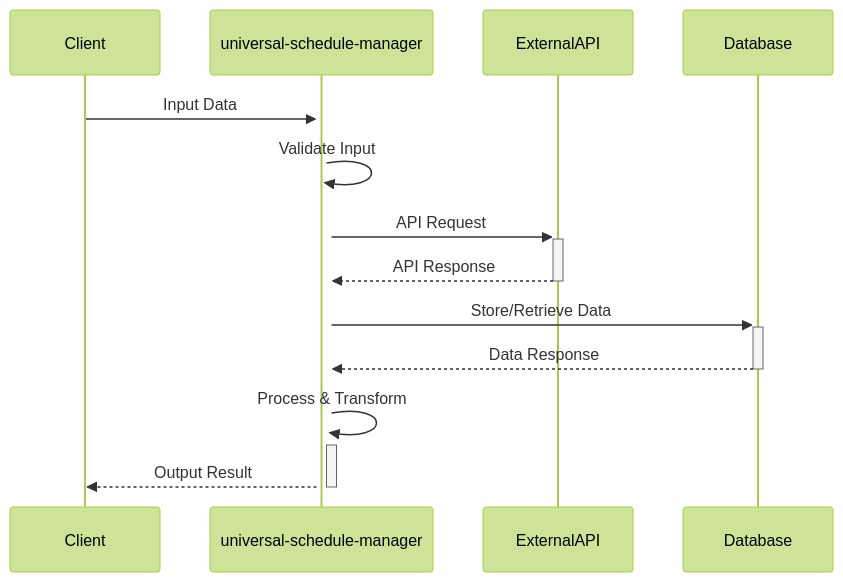
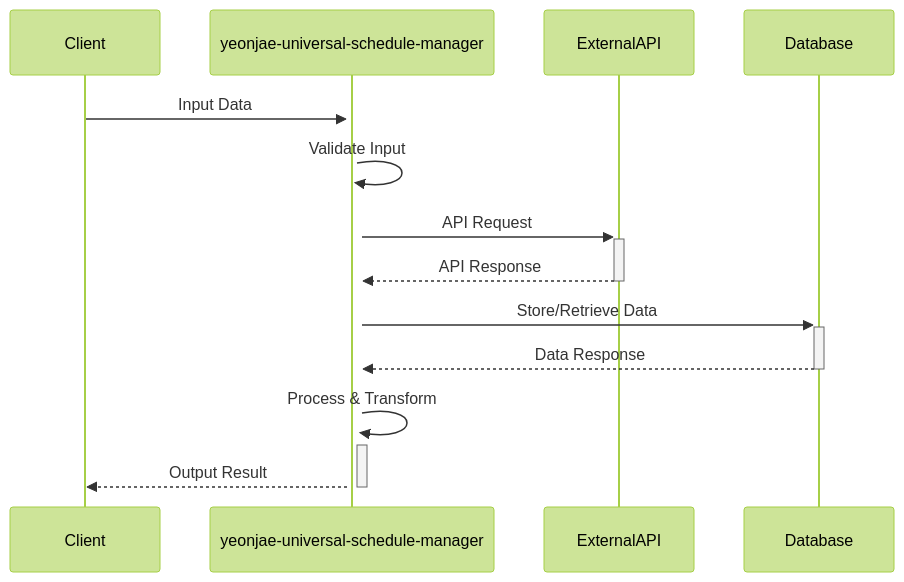
One commit to yeonjae-work/universal-modules changed the third of 4 diagrams in packages/yeonjae-universal-schedule-manager/docs/technical-specification.md. Above: the diagram before and after it, drawn with Mermaid (forest theme). The commit also changed other lines of this file and 11 other files, not shown here.

````diff
--- a/packages/yeonjae-universal-schedule-manager/docs/technical-specification.md
+++ b/packages/yeonjae-universal-schedule-manager/docs/technical-specification.md
@@ -151,16 +151,16 @@
 ```mermaid
 sequenceDiagram
     participant Client
-    participant universal-schedule-manager
+    participant yeonjae-universal-schedule-manager
     participant ExternalAPI
     participant Database
     
-    Client->>+universal-schedule-manager: Input Data
-    universal-schedule-manager->>+universal-schedule-manager: Validate Input
-    universal-schedule-manager->>+ExternalAPI: API Request
-    ExternalAPI-->>-universal-schedule-manager: API Response
-    universal-schedule-manager->>+Database: Store/Retrieve Data
-    Database-->>-universal-schedule-manager: Data Response
-    universal-schedule-manager->>+universal-schedule-manager: Process & Transform
-    universal-schedule-manager-->>-Client: Output Result
+    Client->>+yeonjae-universal-schedule-manager: Input Data
+    yeonjae-universal-schedule-manager->>+yeonjae-universal-schedule-manager: Validate Input
+    yeonjae-universal-schedule-manager->>+ExternalAPI: API Request
+    ExternalAPI-->>-yeonjae-universal-schedule-manager: API Response
+    yeonjae-universal-schedule-manager->>+Database: Store/Retrieve Data
+    Database-->>-yeonjae-universal-schedule-manager: Data Response
+    yeonjae-universal-schedule-manager->>+yeonjae-universal-schedule-manager: Process & Transform
+    yeonjae-universal-schedule-manager-->>-Client: Output Result
 ```
````
